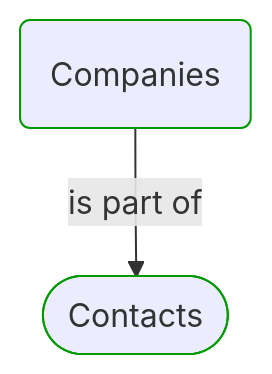
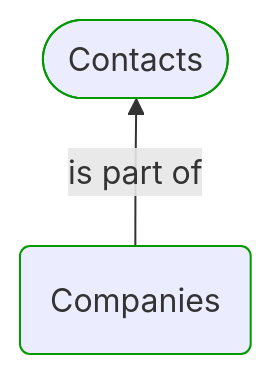
Before and after one commit to itlibrium/DDD-starter-dotnet: the first of 4 diagrams in Docs/P3/MermaidOutput/Modules/Contacts/Companies/Companies.md, drawn with Mermaid. The commit also changed other lines of this file and 174 other files, not shown here.

````diff
--- a/Docs/P3/MermaidOutput/Modules/Contacts/Companies/Companies.md
+++ b/Docs/P3/MermaidOutput/Modules/Contacts/Companies/Companies.md
@@ -20,11 +20,14 @@
 ```mermaid
   flowchart TB
-    0(Companies)
+    0([Contacts])
     class 0 DomainPerspective
-    1([Contacts])
+    1(Companies)
     class 1 DomainPerspective
-    0-->|is part of|1
+    0---1
+    1-->|is part of|0
+    1---0
+    linkStyle 0,2 stroke:none
     classDef DomainPerspective stroke:#009900
     classDef TechnologyPerspective stroke:#1F41EB
     classDef PeoplePerspective stroke:#FFF014
 ```
````
